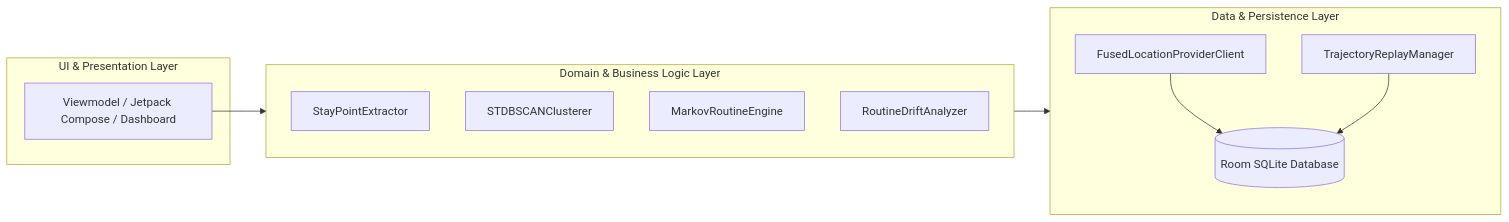
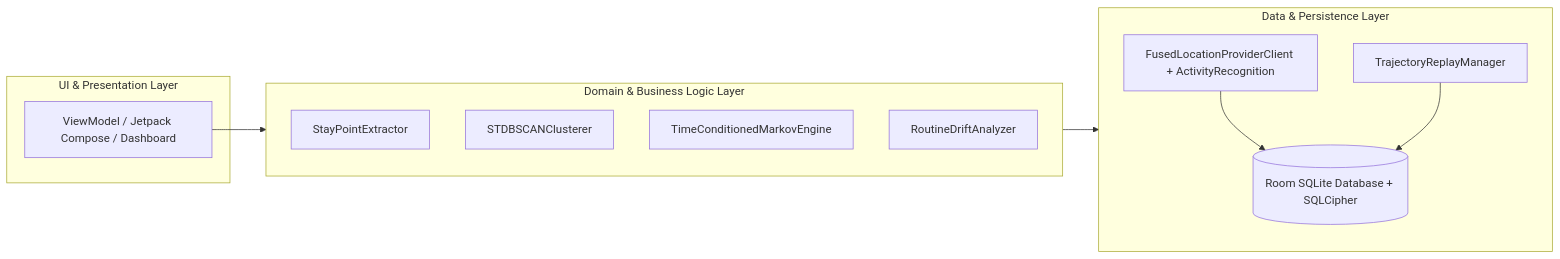
Before and after one commit to Reyatsu99/HabitMiner: the second of 3 diagrams in docs/ARCHITECTURE.md, drawn with Mermaid. The commit also changed other lines of this file and 3 other files, not shown here.

Commit message:
Fix technical bugs, methodology metrics, DB schema relationships, and parameters across documentation

````diff
--- a/docs/ARCHITECTURE.md
+++ b/docs/ARCHITECTURE.md
@@ -83,24 +61,24 @@
 ```mermaid
 graph LR
     subgraph UI["UI & Presentation Layer"]
-        MVVM[Viewmodel / Jetpack Compose / Dashboard]
+        MVVM[ViewModel / Jetpack Compose / Dashboard]
     end
 
     subgraph DOMAIN["Domain & Business Logic Layer"]
         SPE_M[StayPointExtractor]
         STD_M[STDBSCANClusterer]
-        MC_M[MarkovRoutineEngine]
+        MC_M[TimeConditionedMarkovEngine]
         DRIFT_M[RoutineDriftAnalyzer]
     end
 
     subgraph DATA["Data & Persistence Layer"]
-        ROOM[(Room SQLite Database)]
+        ROOM[(Room SQLite Database + SQLCipher)]
         REPLAY[TrajectoryReplayManager]
-        FUSED[FusedLocationProviderClient]
+        FUSED[FusedLocationProviderClient + ActivityRecognition]
     end
 
     MVVM --> DOMAIN
     DOMAIN --> DATA
     FUSED --> ROOM
     REPLAY --> ROOM
 ```
````
